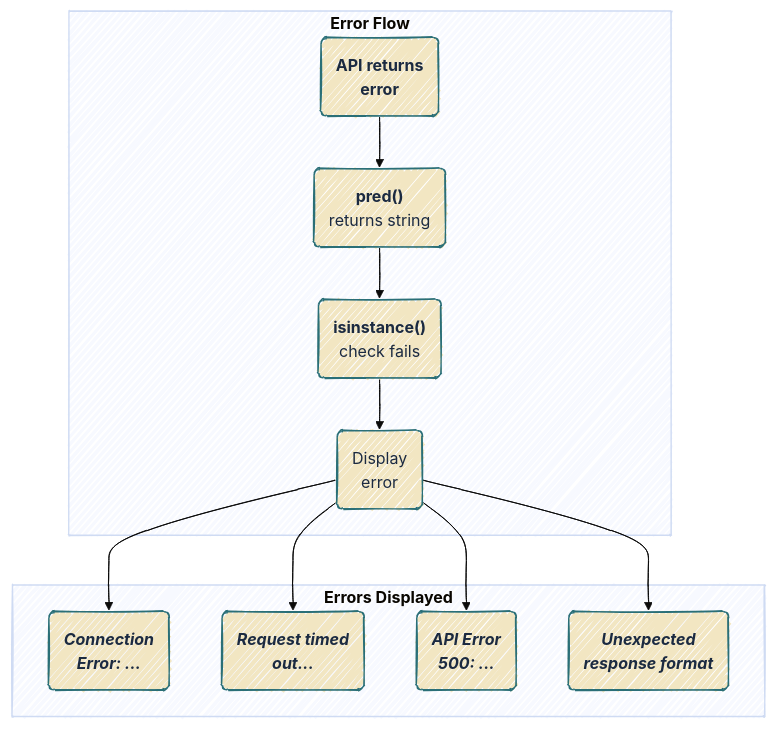
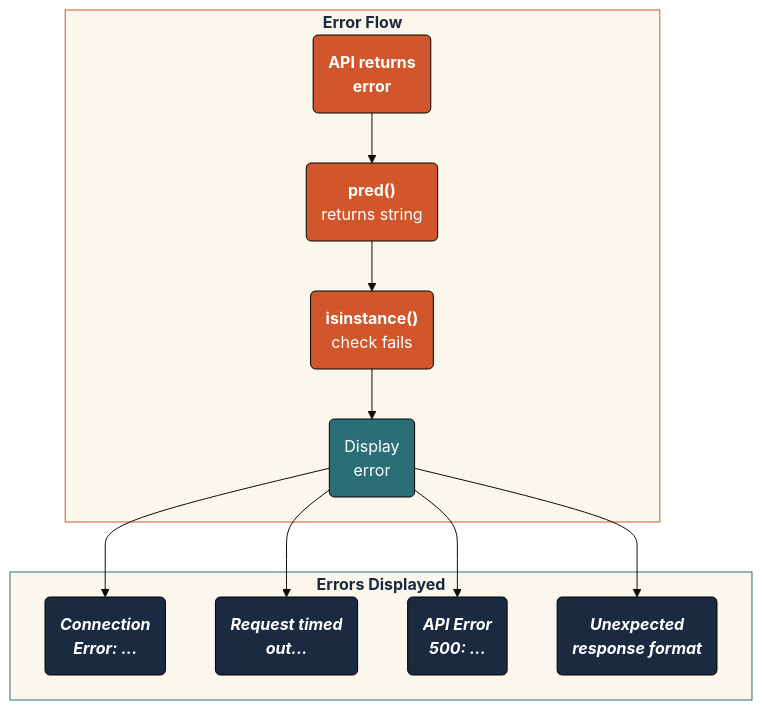
The eighth of 15 diagrams in app-log-py.qmd (mjfrigaard/do4ds-labs), drawn with Mermaid before and after one commit. The commit also changed other lines of this file and 48 other files, not shown here.

````diff
--- a/app-log-py.qmd
+++ b/app-log-py.qmd
@@ -977,31 +1009,40 @@
 ```{mermaid}
 %%| fig-cap: 'API Errors for Predictions'
 %%| fig-width: 7.0
-%%| fig-align: center
-%%{init: {'theme': 'base', 'look': 'handDrawn', 'themeVariables': {'fontFamily': 'monospace'}}}%%
+%%| fig-align: 'center'
+%%{init: {'theme': 'base', 'themeVariables': {'fontFamily': 'monospace'}}}%%
 
 flowchart TD
-    subgraph "<strong>Error Flow</strong>"
+    subgraph ErrFlow["<strong>Error Flow</strong>"]
         APIRetError("<strong>API returns<br>error</strong>")
         StringResult("<strong>pred()</strong><br>returns string")
         TypeCheck("<strong>isinstance()</strong><br>check fails")
         DirectDisplay("Display<br>error")
     end
-    
-    subgraph "<strong>Errors Displayed</strong>"
+
+    subgraph ErrDisp["<strong>Errors Displayed</strong>"]
         ConnError("<em><strong>Connection<br>Error: ...</strong></em>")
         TimeoutError("<em><strong>Request timed<br>out...</strong></em>")
         APIError("<em><strong>API Error<br>500: ...</strong></em>")
         FormatError("<em><strong>Unexpected<br>response format</strong></em>")
     end
-    
+
     APIRetError --> StringResult
     StringResult --> TypeCheck
     TypeCheck --> DirectDisplay
     DirectDisplay --> ConnError
     DirectDisplay --> TimeoutError
     DirectDisplay --> APIError
     DirectDisplay --> FormatError
-    classDef default fill:#F2E6C2,stroke:#2A6F77,color:#1B2A41
+    style APIRetError fill:#D2562B,stroke:#000000,stroke-width:1px,color:#ffffff
+    style StringResult fill:#D2562B,stroke:#000000,stroke-width:1px,color:#ffffff
+    style TypeCheck fill:#D2562B,stroke:#000000,stroke-width:1px,color:#ffffff
+    style DirectDisplay fill:#2A6F77,stroke:#000000,stroke-width:1px,color:#ffffff
+    style ConnError fill:#1B2A41,stroke:#000000,stroke-width:1px,color:#ffffff
+    style TimeoutError fill:#1B2A41,stroke:#000000,stroke-width:1px,color:#ffffff
+    style APIError fill:#1B2A41,stroke:#000000,stroke-width:1px,color:#ffffff
+    style FormatError fill:#1B2A41,stroke:#000000,stroke-width:1px,color:#ffffff
+    style ErrFlow fill:#fbf7ec,stroke:#D2562B,color:#1B2A41
+    style ErrDisp fill:#fbf7ec,stroke:#2A6F77,color:#1B2A41
 
 ```
````
